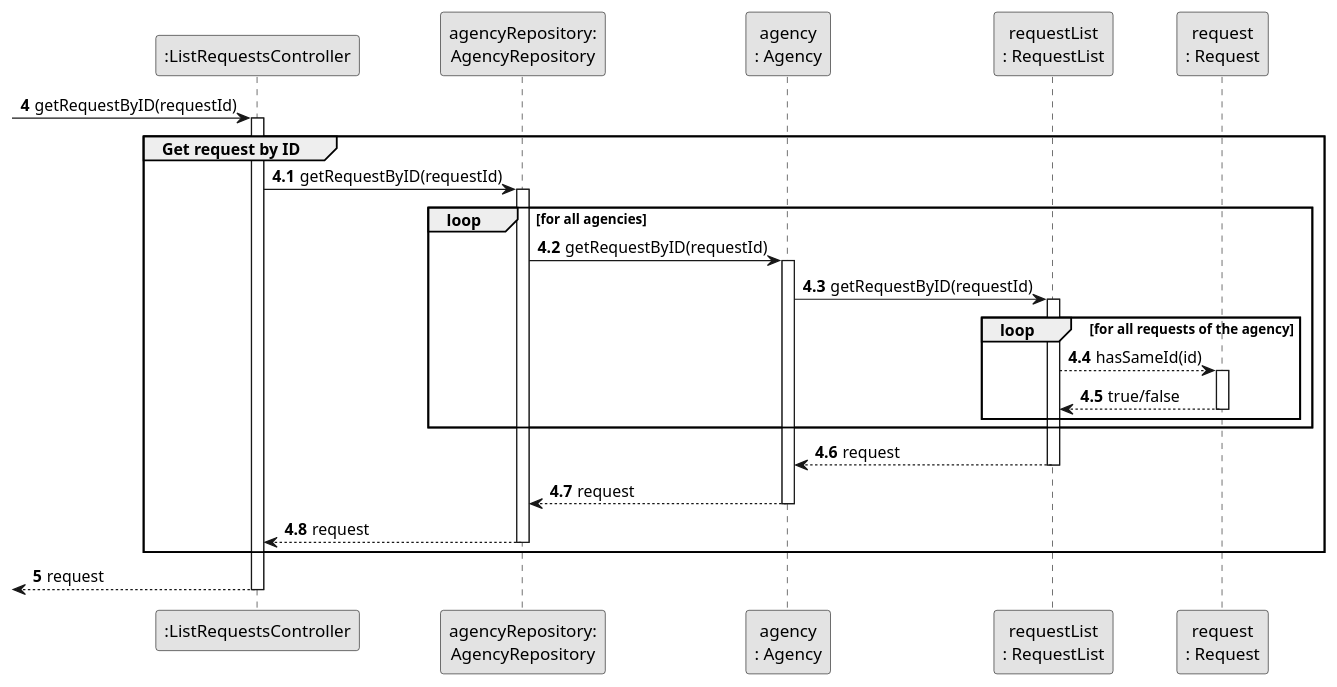
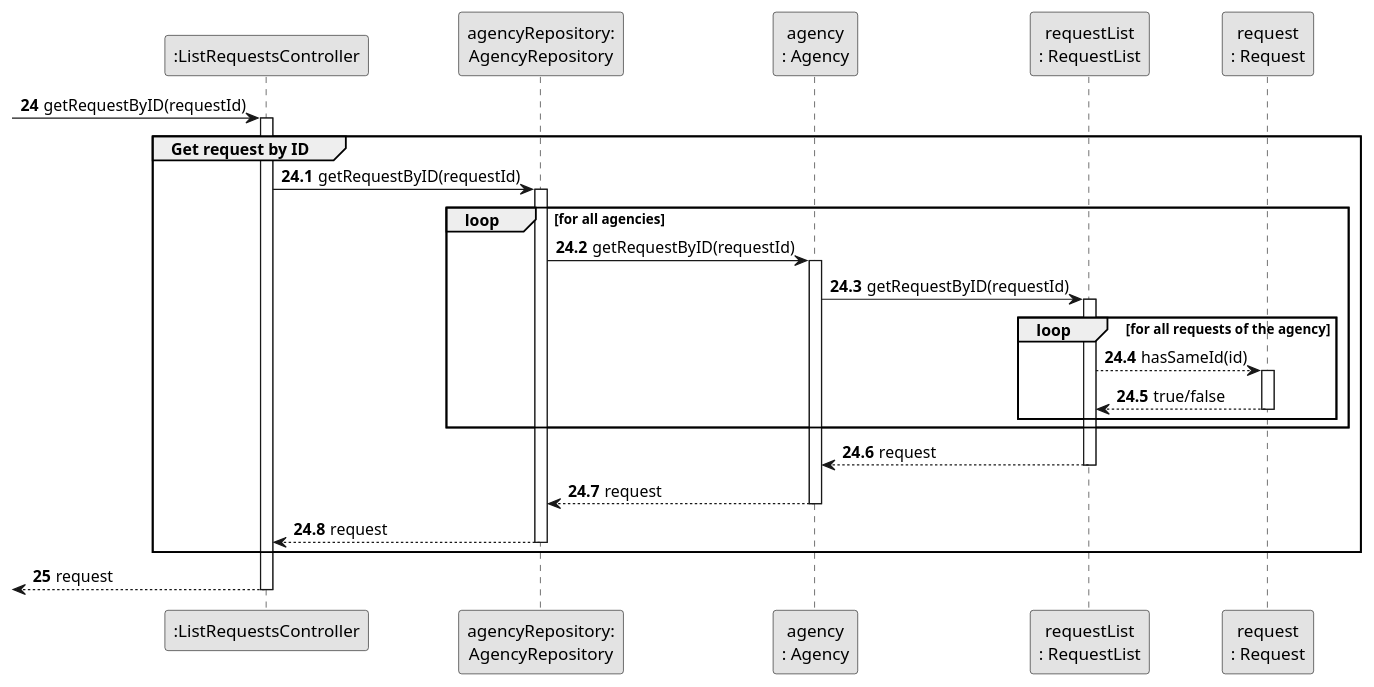
Before and after one commit to rita-barbosa/LAPR2-2223: the diagram in docs/sprintC/us008/03.design/puml/us008-sequence-diagram-partial-get-request-by-id.puml, drawn with PlantUML. The commit also changed 13 other files, not shown here.

```diff
--- a/docs/sprintC/us008/03.design/puml/us008-sequence-diagram-partial-get-request-by-id.puml
+++ b/docs/sprintC/us008/03.design/puml/us008-sequence-diagram-partial-get-request-by-id.puml
@@ -1,59 +1,59 @@
 @startuml
 skinparam monochrome true
 skinparam packageStyle rectangle
 skinparam shadowing false
 
 
 participant ":ListRequestsController" as CTRL
 participant "agencyRepository:\nAgencyRepository" as AgencyRepository
 participant "agency\n: Agency" as AGENCY
 participant "requestList\n: RequestList" as ReqList
 participant "request\n: Request" as REQUEST
 
 
-autonumber 4
+autonumber 24
     -> CTRL: getRequestByID(requestId)
     activate CTRL
 
 group Get request by ID
 
-autonumber 4.1
+autonumber 24.1
 
     CTRL -> AgencyRepository: getRequestByID(requestId)
     activate AgencyRepository
 
     loop for all agencies
 
         AgencyRepository -> AGENCY: getRequestByID(requestId)
         activate AGENCY
 
             AGENCY -> ReqList: getRequestByID(requestId)
 
             loop for all requests of the agency
 
                 activate ReqList
 
                 ReqList --> REQUEST: hasSameId(id)
 
                 activate REQUEST
 
                     REQUEST --> ReqList: true/false
                 deactivate REQUEST
             end
     end
 
     ReqList --> AGENCY: request
     deactivate ReqList
 
     AGENCY --> AgencyRepository: request
     deactivate AGENCY
 
     AgencyRepository --> CTRL: request
     deactivate AgencyRepository
 
 end group
-autonumber 5
+autonumber 25
      <-- CTRL: request
      deactivate CTRL
 
 @enduml
```
